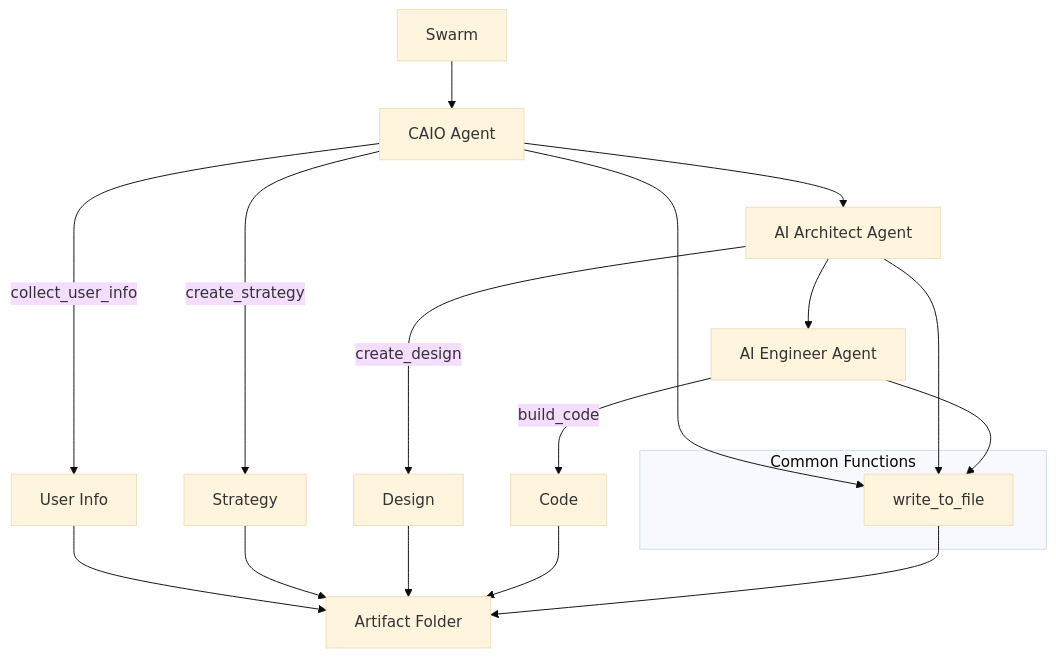
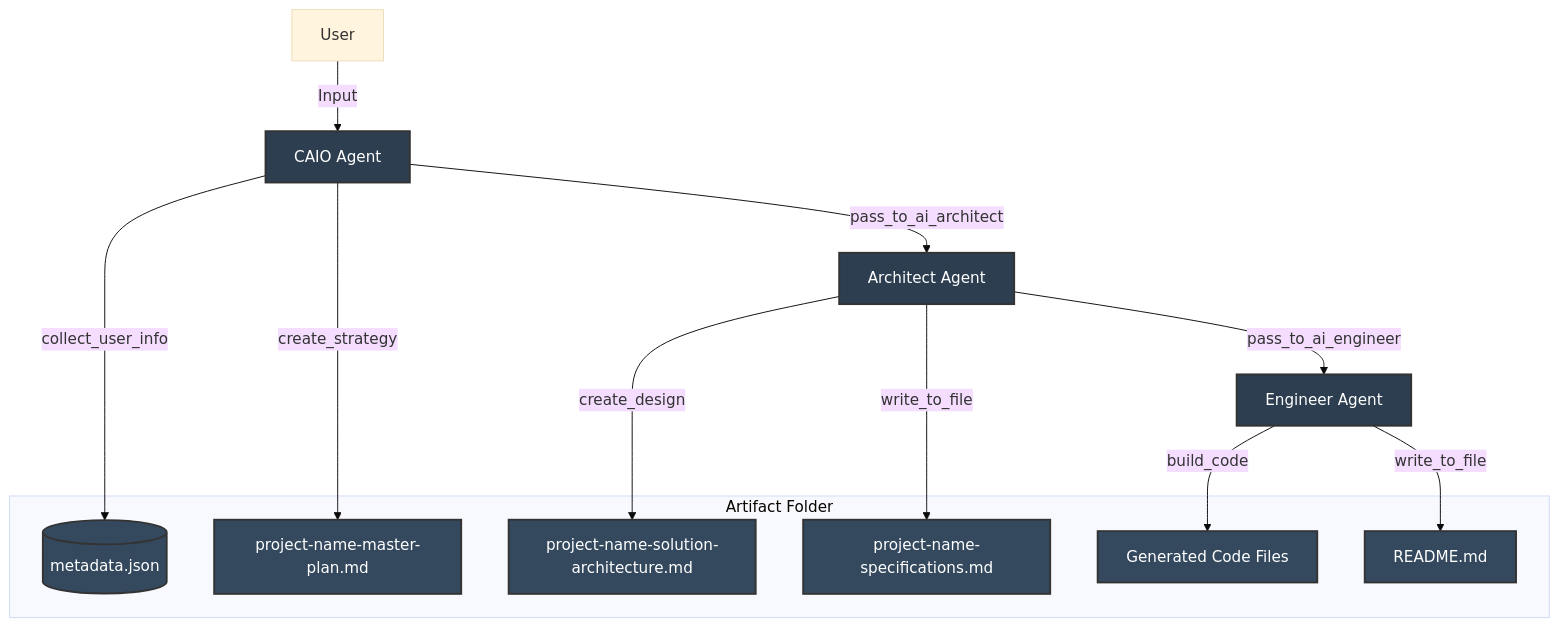
The diagram in README.md (whitegloveai/caio-agent), drawn with Mermaid (base theme) before and after one commit.

Commit message:
design: update mermaid

````diff
--- a/README.md
+++ b/README.md
@@ -5,25 +5,26 @@
 ```mermaid
 graph TD
-    A[Swarm] --> B[CAIO Agent]
-    B --> C[AI Architect Agent]
-    C --> D[AI Engineer Agent]
-
-    B -->|collect_user_info| E[User Info]
-    B -->|create_strategy| F[Strategy]
-    C -->|create_design| G[Design]
-    D -->|build_code| H[Code]
-
-    E --> I[Artifact Folder]
-    F --> I
-    G --> I
-    H --> I
-
-    subgraph Common Functions
-        J[write_to_file]
+    U[User] -->|Input| CAIO[CAIO Agent]
+    CAIO -->|collect_user_info| M[(metadata.json)]
+    CAIO -->|create_strategy| S[project-name-master-plan.md]
+    CAIO -->|pass_to_ai_architect| A[Architect Agent]
+    A -->|create_design| D[project-name-solution-architecture.md]
+    A -->|write_to_file| P[project-name-specifications.md]
+    A -->|pass_to_ai_engineer| E[Engineer Agent]
+    E -->|build_code| C[Generated Code Files]
+    E -->|write_to_file| R[README.md]
+    
+    subgraph Artifact Folder
+        M
+        S
+        D
+        P
+        C
+        R
     end
 
-    B --> J
-    C --> J
-    D --> J
-    J --> I
+    classDef agent fill:#2c3e50,stroke:#333,stroke-width:2px,color:white;
+    classDef file fill:#34495e,stroke:#333,stroke-width:2px,color:white;
+    class CAIO,A,E agent;
+    class M,S,D,P,C,R file;
 ```
````
